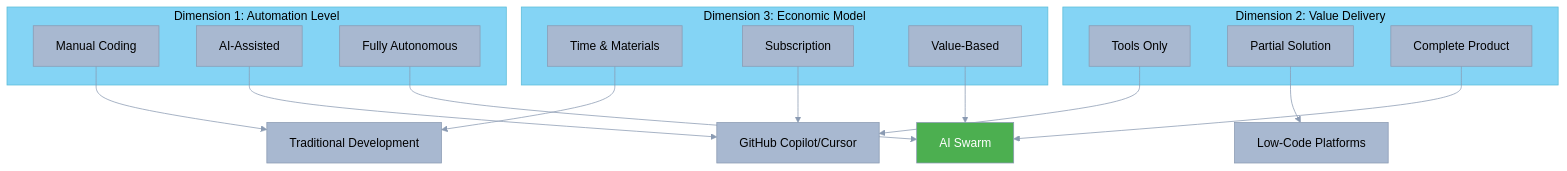
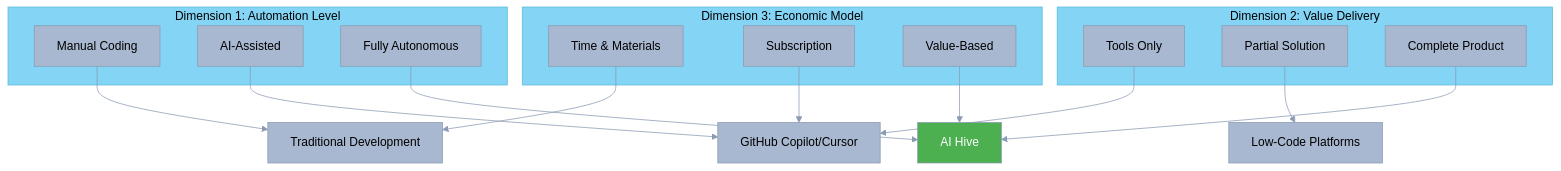
Before and after one commit to o2alexanderfedin/AI-Hive-Business-Docs: the second of 10 diagrams in business-documents/competitive-positioning/01-positioning-strategy.md, drawn with Mermaid. The commit also changed other lines of this file and 22 other files, not shown here.

First line of the commit message:
Replace all references from 'AI Swarm' to 'AI Hive' across project

````diff
--- a/business-documents/competitive-positioning/01-positioning-strategy.md
+++ b/business-documents/competitive-positioning/01-positioning-strategy.md
@@ -137,50 +137,50 @@
 ```mermaid
 %%{init: {
   'theme': 'base',
   'themeVariables': {
     'primaryColor': '#A8B8D0',
     'primaryTextColor': '#000000',
     'primaryBorderColor': '#8A9AB2',
     'lineColor': '#8A9AB2',
     'secondaryColor': '#5DBCB6',
     'secondaryTextColor': '#000000',
     'secondaryBorderColor': '#3D9A94',
     'tertiaryColor': '#84D4F5',
     'tertiaryTextColor': '#000000',
     'tertiaryBorderColor': '#5ABCD8',
     'background': '#F5F5F5'
   }
 }}%%
 graph TD
     subgraph "Dimension 1: Automation Level"
         A1[Manual Coding]
         A2[AI-Assisted]
         A3[Fully Autonomous]
     end
 
     subgraph "Dimension 2: Value Delivery"
         B1[Tools Only]
         B2[Partial Solution]
         B3[Complete Product]
     end
 
     subgraph "Dimension 3: Economic Model"
         C1[Time & Materials]
         C2[Subscription]
         C3[Value-Based]
     end
 
     A1 --> Traditional[Traditional Development]
     A2 --> Copilot[GitHub Copilot/Cursor]
-    A3 --> Swarm[AI Swarm]
+    A3 --> Swarm[AI Hive]
 
     B1 --> Copilot
     B2 --> LowCode[Low-Code Platforms]
     B3 --> Swarm
 
     C1 --> Traditional
     C2 --> Copilot
     C3 --> Swarm
 
     style Swarm fill:#4CAF50,color:#fff
 ```
````
